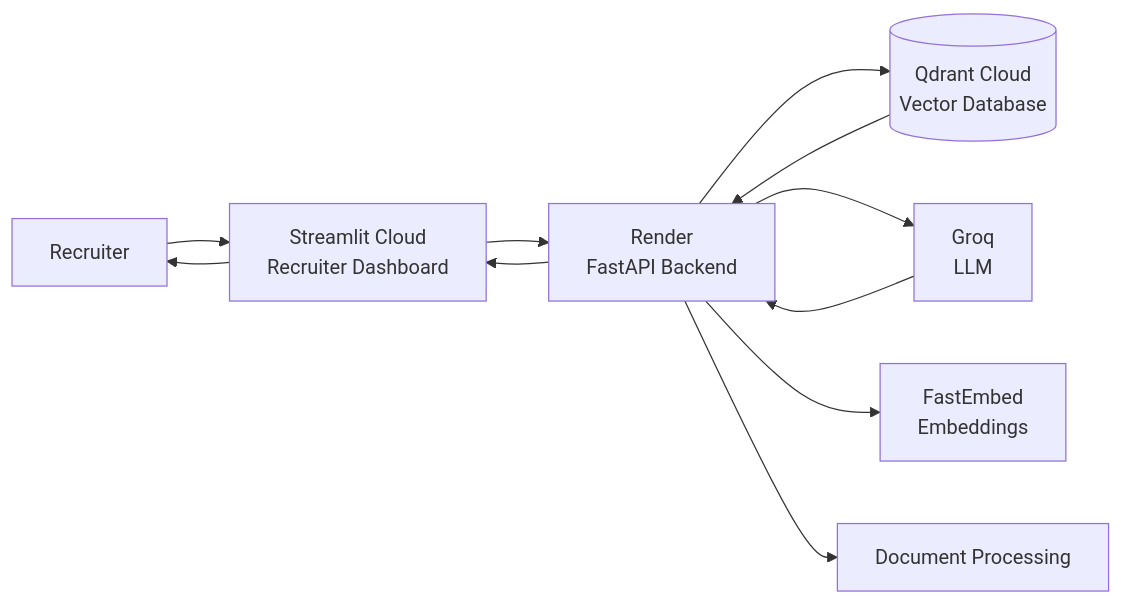
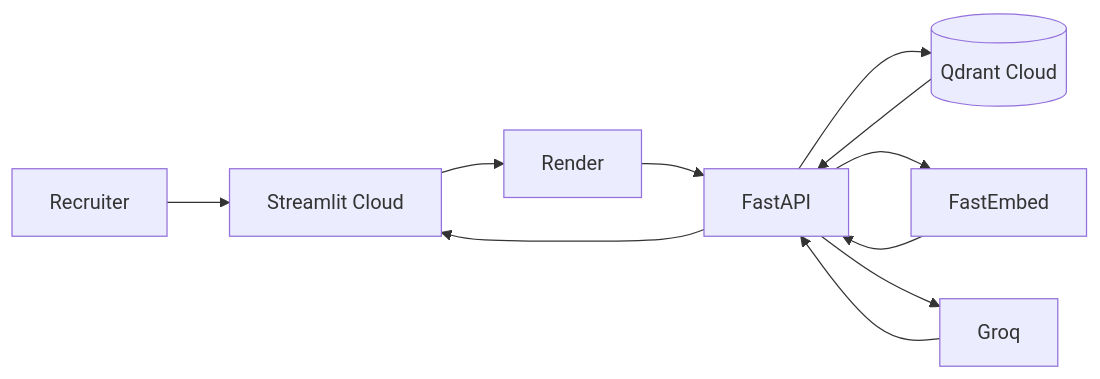
Before and after one commit to shubhamkardel-ai/RecruitRAG-AI: the sixth of 6 diagrams in README.md, drawn with Mermaid. The commit also changed other lines of this file, not shown here.

````diff
--- a/README.md
+++ b/README.md
@@ -187,17 +408,24 @@
-``` mermaid
+```mermaid
 flowchart LR
-    U[Recruiter] --> S[Streamlit Cloud<br/>Recruiter Dashboard]
-    S --> R[Render<br/>FastAPI Backend]
+    A[Recruiter]
+    B[Streamlit Cloud]
+    C[Render]
+    D[FastAPI]
+    E[(Qdrant Cloud)]
+    F[FastEmbed]
+    G[Groq]
 
-    R --> Q[(Qdrant Cloud<br/>Vector Database)]
-    R --> G[Groq<br/>LLM]
+    A --> B
+    B --> C
+    C --> D
 
-    R --> E[FastEmbed<br/>Embeddings]
-    R --> D[Document Processing]
+    D --> E
+    D --> F
+    D --> G
 
-    Q --> R
-    G --> R
+    E --> D
+    F --> D
+    G --> D
 
-    R --> S
-    S --> U
+    D --> B
 ```
````
